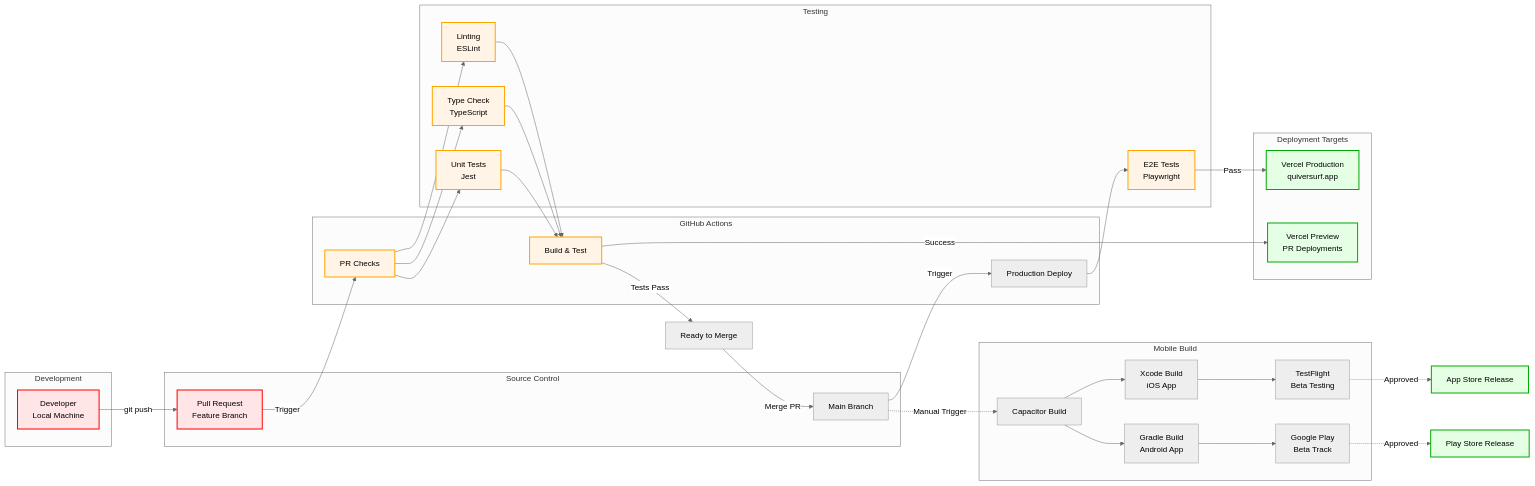
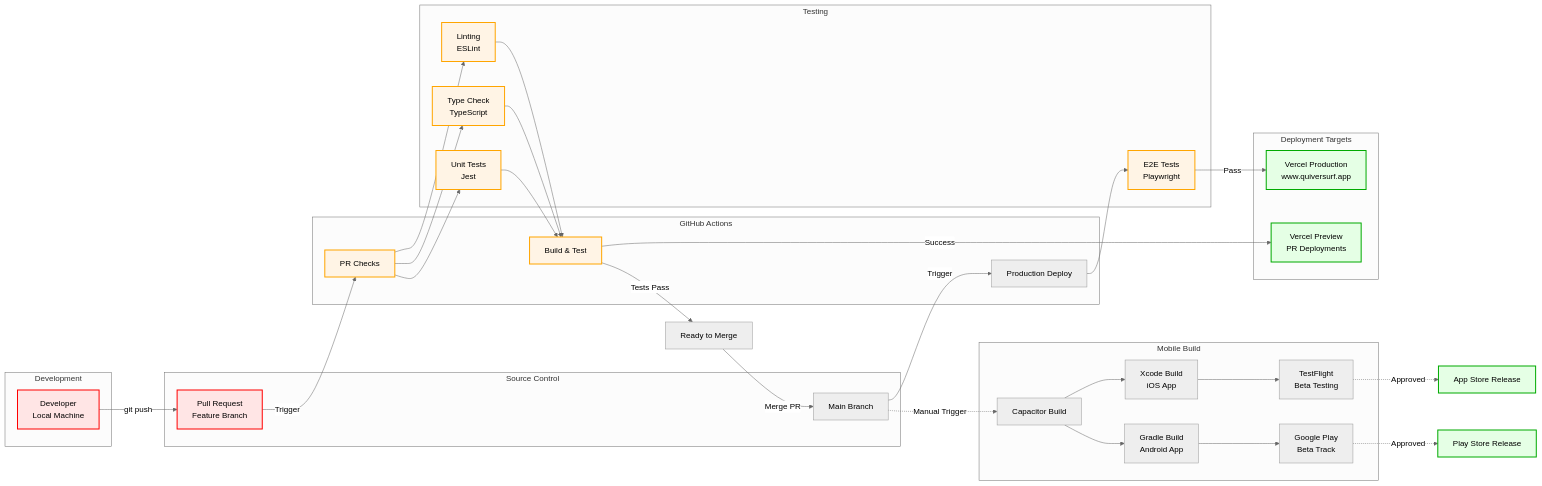
Before and after one commit to SteveChandler/quiver: the second of 7 diagrams in docs/diagrams/deployment.md, drawn with Mermaid (neutral theme). The commit also changed other lines of this file and 33 other files, not shown here.

First line of the commit message:
fix: standardize canonical URLs to www.quiversurf.app

````diff
--- a/docs/diagrams/deployment.md
+++ b/docs/diagrams/deployment.md
@@ -146,79 +146,79 @@
 ```mermaid
 graph LR
     subgraph "Development"
         Dev[Developer<br/>Local Machine]
     end
 
     subgraph "Source Control"
         PR[Pull Request<br/>Feature Branch]
         Main[Main Branch]
     end
 
     subgraph "GitHub Actions"
         Checks[PR Checks]
         Build[Build & Test]
         Deploy[Production Deploy]
     end
 
     subgraph "Testing"
         Lint[Linting<br/>ESLint]
         TypeCheck[Type Check<br/>TypeScript]
         UnitTests[Unit Tests<br/>Jest]
         E2ETests[E2E Tests<br/>Playwright]
     end
 
     subgraph "Deployment Targets"
-        VercelProd[Vercel Production<br/>quiversurf.app]
+        VercelProd[Vercel Production<br/>www.quiversurf.app]
         VercelPreview[Vercel Preview<br/>PR Deployments]
     end
 
     subgraph "Mobile Build"
         CapBuild[Capacitor Build]
         iOSBuild[Xcode Build<br/>iOS App]
         AndroidBuild[Gradle Build<br/>Android App]
         TestFlight[TestFlight<br/>Beta Testing]
         PlayBeta[Google Play<br/>Beta Track]
     end
 
     %% Development Flow
     Dev -->|git push| PR
     PR -->|Trigger| Checks
 
     %% PR Checks
     Checks --> Lint
     Checks --> TypeCheck
     Checks --> UnitTests
 
     Lint --> Build
     TypeCheck --> Build
     UnitTests --> Build
 
     Build -->|Success| VercelPreview
     Build -->|Tests Pass| MergeReady[Ready to Merge]
 
     %% Production Flow
     MergeReady -->|Merge PR| Main
     Main -->|Trigger| Deploy
 
     Deploy --> E2ETests
     E2ETests -->|Pass| VercelProd
 
     %% Mobile Build Flow
     Main -.->|Manual Trigger| CapBuild
     CapBuild --> iOSBuild
     CapBuild --> AndroidBuild
 
     iOSBuild --> TestFlight
     AndroidBuild --> PlayBeta
 
     TestFlight -.->|Approved| AppStore[App Store Release]
     PlayBeta -.->|Approved| PlayStore[Play Store Release]
 
     classDef devClass fill:#FFE5E5,stroke:#FF0000,stroke-width:2px
     classDef testClass fill:#FFF4E5,stroke:#FFA500,stroke-width:2px
     classDef prodClass fill:#E5FFE5,stroke:#00AA00,stroke-width:2px
 
     class Dev,PR devClass
     class Checks,Lint,TypeCheck,UnitTests,E2ETests,Build testClass
     class VercelProd,VercelPreview,AppStore,PlayStore prodClass
 ```
````
